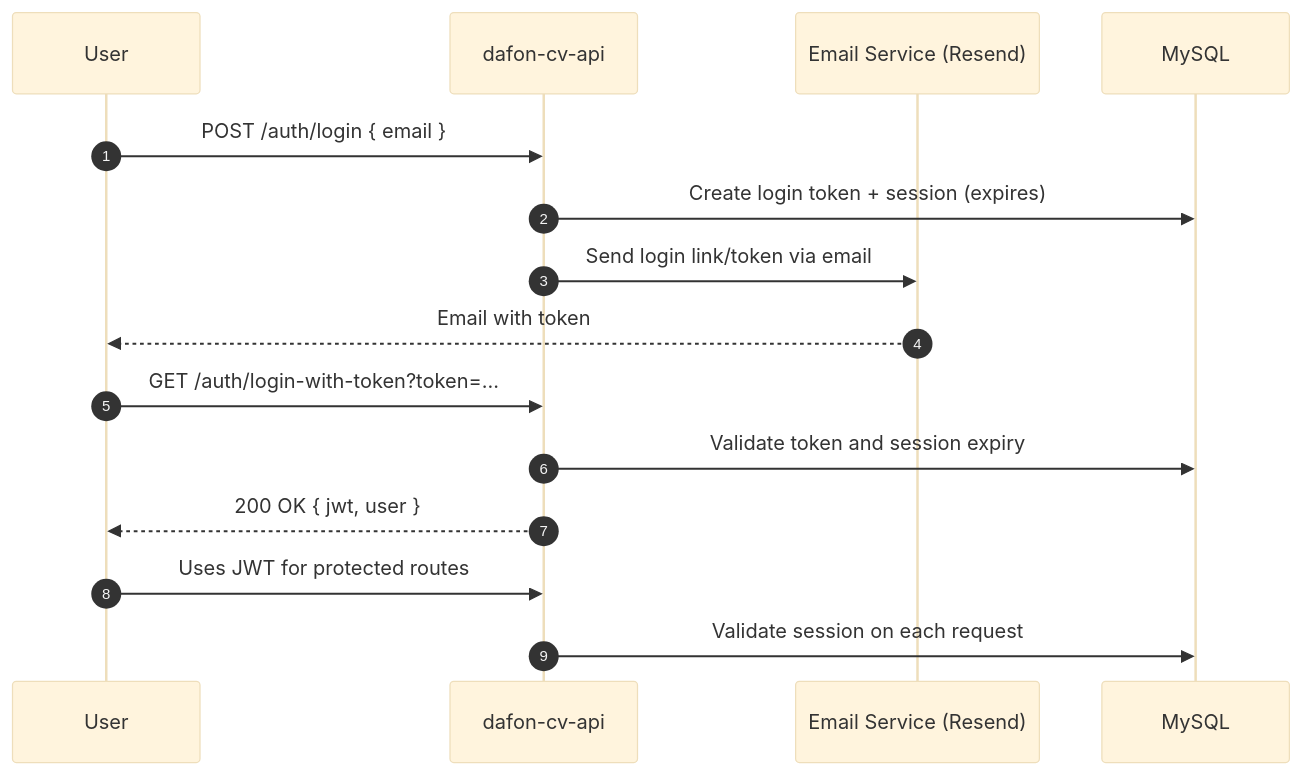
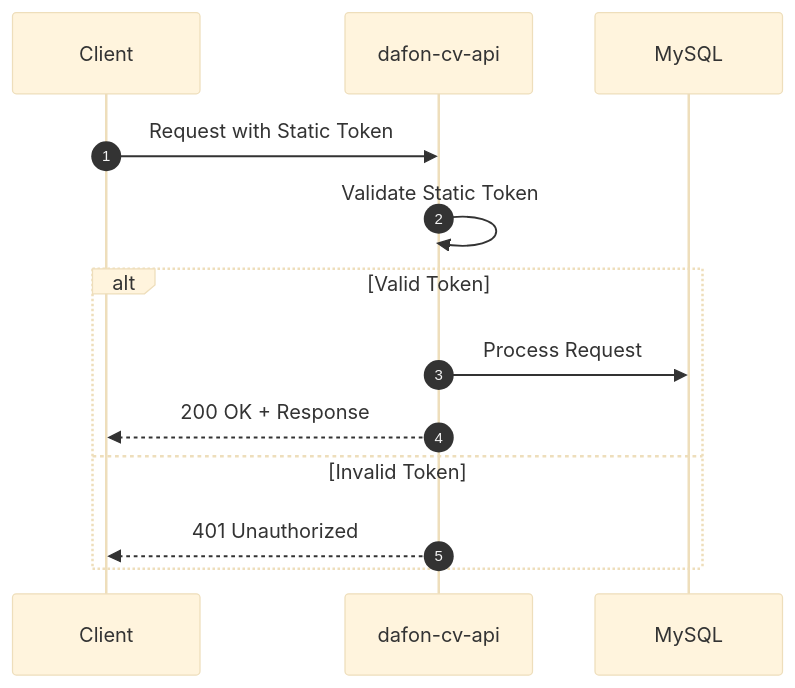
One commit to Daniel-Fonseca-da-Silva/dafon-cv-api changed the second of 5 diagrams in README.md. Above: the diagram before and after it, drawn with Mermaid (base theme). The commit also changed other lines of this file, not shown here.

````diff
--- a/README.md
+++ b/README.md
@@ -94,18 +126,16 @@
 ```mermaid
 sequenceDiagram
   autonumber
-  participant U as User
+  participant C as Client
   participant API as dafon-cv-api
-  participant E as Email Service (Resend)
   participant DB as MySQL
 
-  U->>API: POST /auth/login { email }
-  API->>DB: Create login token + session (expires)
-  API->>E: Send login link/token via email
-  E-->>U: Email with token
-  U->>API: GET /auth/login-with-token?token=...
-  API->>DB: Validate token and session expiry
-  API-->>U: 200 OK { jwt, user }
-  U->>API: Uses JWT for protected routes
-  API->>DB: Validate session on each request
+  C->>API: Request with Static Token
+  API->>API: Validate Static Token
+  alt Valid Token
+    API->>DB: Process Request
+    API-->>C: 200 OK + Response
+  else Invalid Token
+    API-->>C: 401 Unauthorized
+  end
 ```
````
